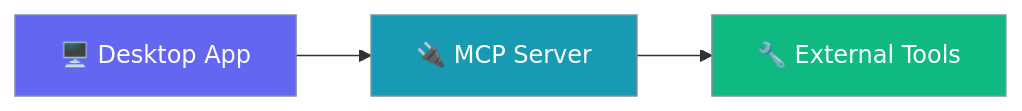
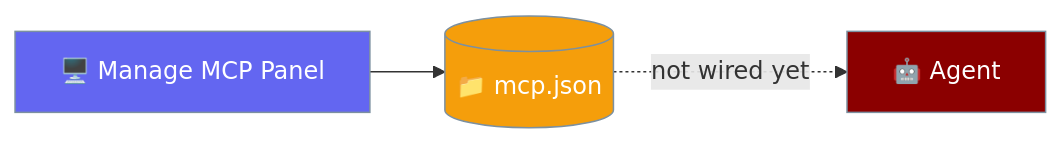
Before and after one commit to MervinPraison/PraisonAIDocs: the first of 2 diagrams in docs/features/desktop/mcp.mdx, drawn with Mermaid. The commit also changed other lines of this file and 1 other file, not shown here.

First line of the commit message:
docs: mark Desktop MCP panel as storage-only (fixes #3499)

````diff
--- a/docs/features/desktop/mcp.mdx
+++ b/docs/features/desktop/mcp.mdx
@@ -22,13 +14,13 @@
 ```mermaid
 graph LR
-    Desktop[🖥️ Desktop App] --> Server[🔌 MCP Server]
-    Server --> Tools[🔧 External Tools]
+    Panel[🖥️ Manage MCP Panel] --> Store[(📁 mcp.json)]
+    Store -.->|not wired yet| Agent[🤖 Agent]
 
-    classDef app fill:#6366F1,stroke:#7C90A0,color:#fff
-    classDef server fill:#189AB4,stroke:#7C90A0,color:#fff
-    classDef tools fill:#10B981,stroke:#7C90A0,color:#fff
+    classDef ui fill:#6366F1,stroke:#7C90A0,color:#fff
+    classDef store fill:#F59E0B,stroke:#7C90A0,color:#fff
+    classDef pending fill:#8B0000,stroke:#7C90A0,color:#fff
 
-    class Desktop app
-    class Server server
-    class Tools tools
+    class Panel ui
+    class Store store
+    class Agent pending
 ```
````
